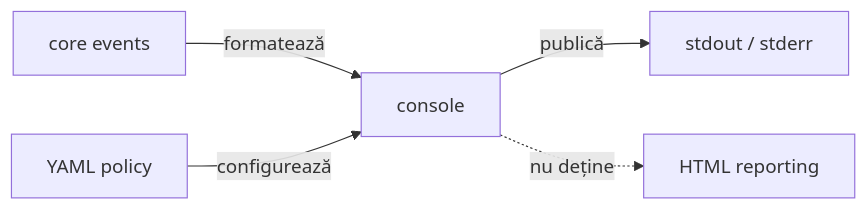
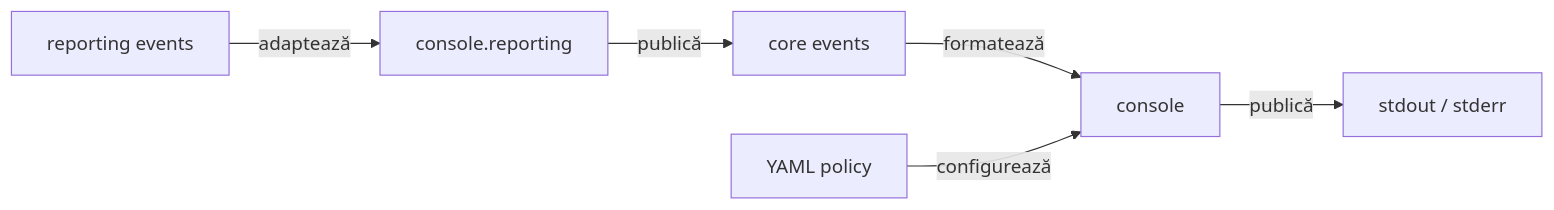
One commit to crististefanita/demo2 changed the diagram in atf-console/README.md. Above: the diagram before and after it, drawn with Mermaid. The commit also changed other lines of this file and 43 other files, not shown here.

Commit message:
Extend console reporting and live API contracts

````diff
--- a/atf-console/README.md
+++ b/atf-console/README.md
@@ -37,7 +40,8 @@
 ```mermaid
 flowchart LR
     Core[core events] -->|formatează| Console[console]
     Config[YAML policy] -->|configurează| Console
     Console -->|publică| Output[stdout / stderr]
-    Console -. nu deține .-> Reporting[HTML reporting]
+    Reporting[reporting events] -->|adaptează| Bridge[console.reporting]
+    Bridge -->|publică| Core
 ```
````
